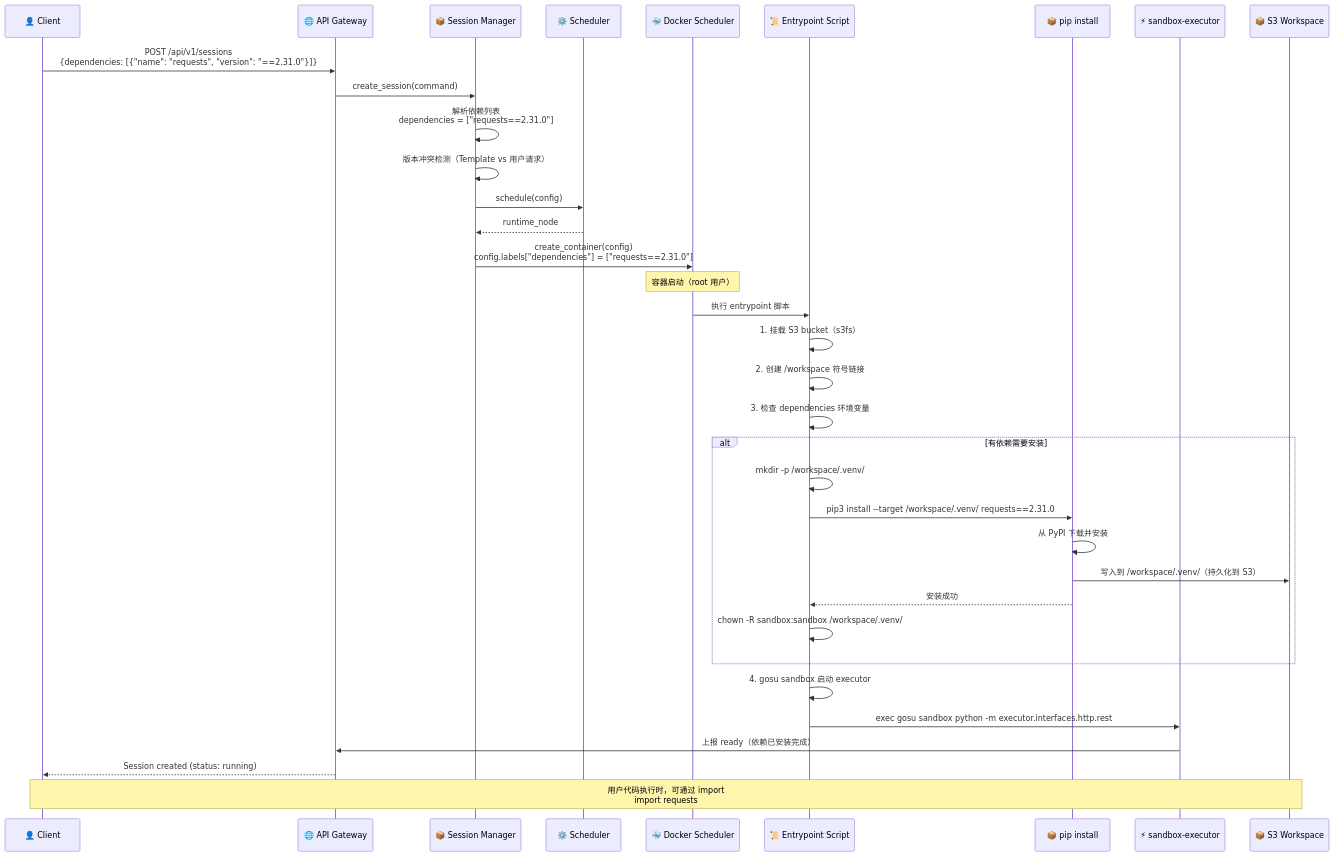
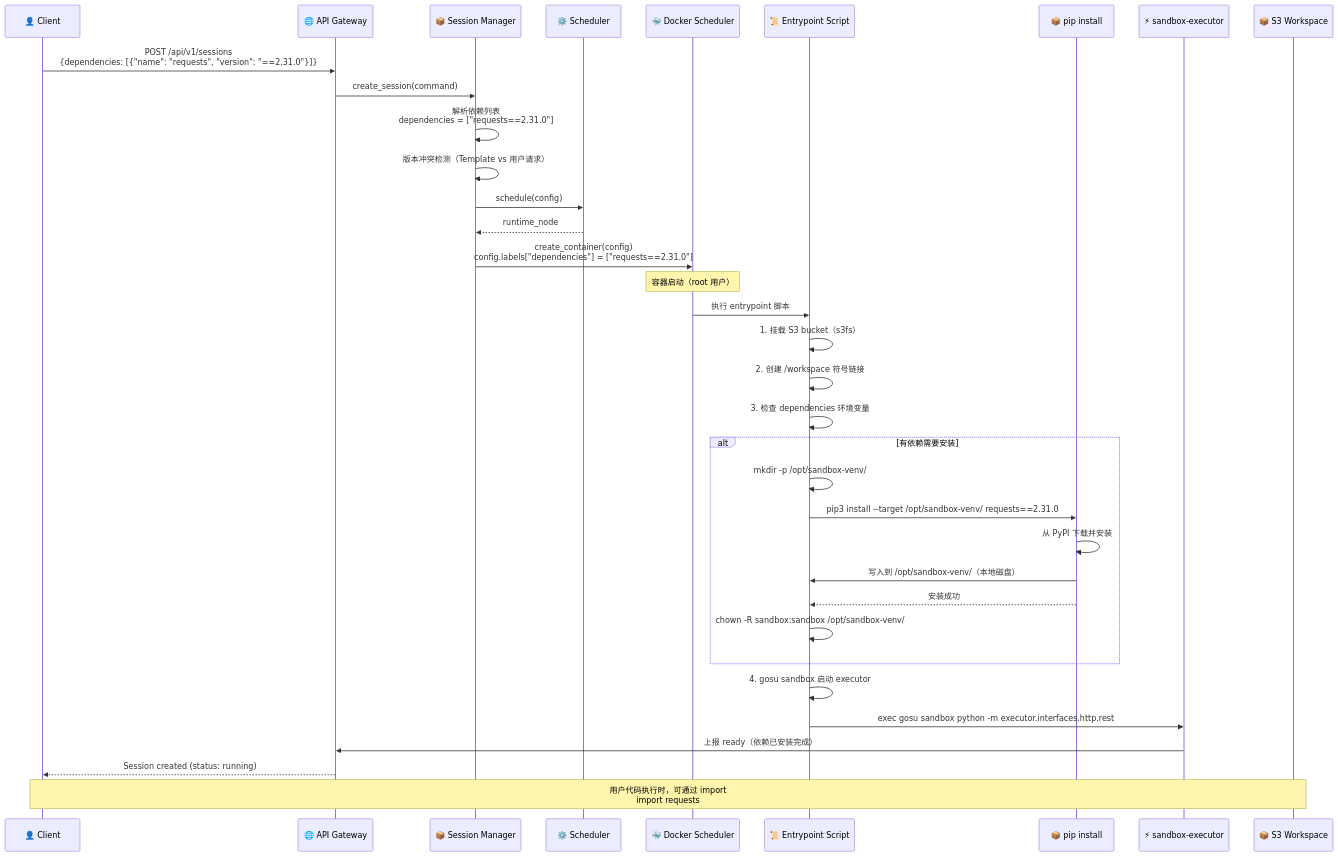
Before and after one commit to kweaver-ai/sandbox: diagram 17 of 17 in docs/sandbox-design-v2.1.md, drawn with Mermaid. The commit also changed other lines of this file and 4 other files, not shown here.

````diff
--- a/docs/sandbox-design-v2.1.md
+++ b/docs/sandbox-design-v2.1.md
@@ -3258,47 +3259,47 @@
 ```mermaid
 sequenceDiagram
     participant Client as 👤 Client
     participant API as 🌐 API Gateway
     participant SM as 📦 Session Manager
     participant Scheduler as ⚙️ Scheduler
     participant Docker as 🐳 Docker Scheduler
     participant Entrypoint as 📜 Entrypoint Script
     participant Pip as 📦 pip install
     participant Executor as ⚡ sandbox-executor
     participant S3 as 📦 S3 Workspace
 
     Client->>API: POST /api/v1/sessions<br/>{dependencies: [{"name": "requests", "version": "==2.31.0"}]}
     API->>SM: create_session(command)
 
     SM->>SM: 解析依赖列表<br/>dependencies = ["requests==2.31.0"]
     SM->>SM: 版本冲突检测（Template vs 用户请求）
 
     SM->>Scheduler: schedule(config)
     Scheduler-->>SM: runtime_node
 
     SM->>Docker: create_container(config)<br/>config.labels["dependencies"] = ["requests==2.31.0"]
 
     Note over Docker: 容器启动（root 用户）
     Docker->>Entrypoint: 执行 entrypoint 脚本
 
     Entrypoint->>Entrypoint: 1. 挂载 S3 bucket（s3fs）
     Entrypoint->>Entrypoint: 2. 创建 /workspace 符号链接
     Entrypoint->>Entrypoint: 3. 检查 dependencies 环境变量
 
     alt 有依赖需要安装
-        Entrypoint->>Entrypoint: mkdir -p /workspace/.venv/
-        Entrypoint->>Pip: pip3 install --target /workspace/.venv/ requests==2.31.0
+        Entrypoint->>Entrypoint: mkdir -p /opt/sandbox-venv/
+        Entrypoint->>Pip: pip3 install --target /opt/sandbox-venv/ requests==2.31.0
         Pip->>Pip: 从 PyPI 下载并安装
-        Pip->>S3: 写入到 /workspace/.venv/（持久化到 S3）
+        Pip->>Entrypoint: 写入到 /opt/sandbox-venv/（本地磁盘）
         Pip-->>Entrypoint: 安装成功
-        Entrypoint->>Entrypoint: chown -R sandbox:sandbox /workspace/.venv/
+        Entrypoint->>Entrypoint: chown -R sandbox:sandbox /opt/sandbox-venv/
     end
 
     Entrypoint->>Entrypoint: 4. gosu sandbox 启动 executor
     Entrypoint->>Executor: exec gosu sandbox python -m executor.interfaces.http.rest
 
     Executor->>API: 上报 ready（依赖已安装完成）
     API-->>Client: Session created (status: running)
 
     Note over Client,S3: 用户代码执行时，可通过 import<br/>import requests  # 已安装到 .venv/
 ```
````
